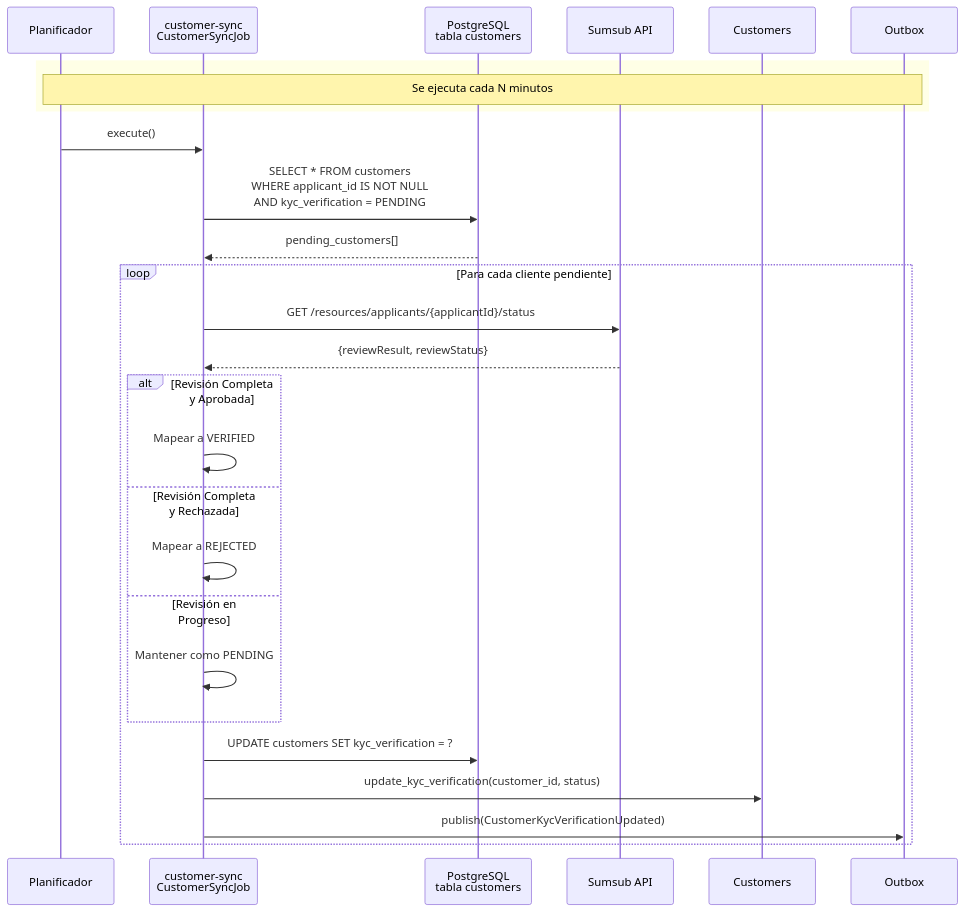
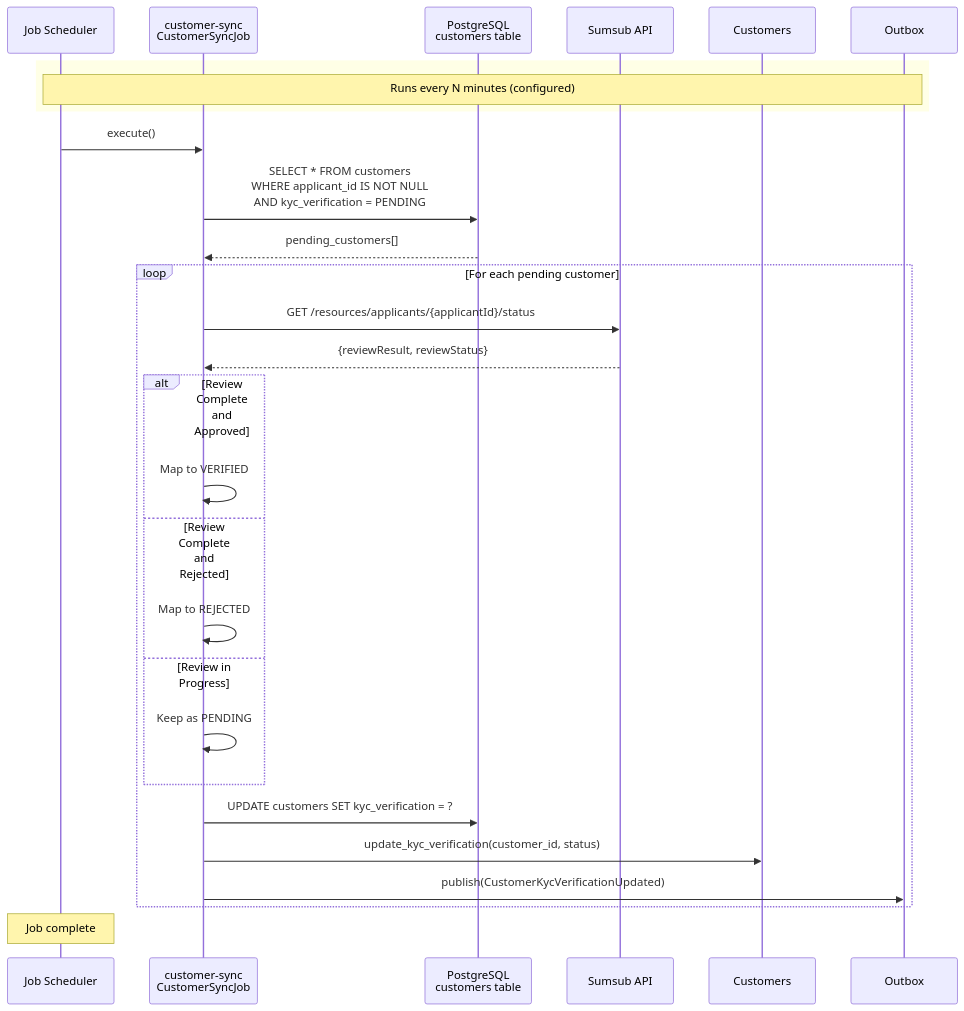
One commit to GaloyMoney/lana-bank changed the first of 2 diagrams in docs-site/i18n/es/docusaurus-plugin-content-docs/current/for-internal-developers/background-jobs.md. Above: the diagram before and after it, drawn with Mermaid. The commit also changed other lines of this file and 76 other files, not shown here.

````diff
--- a/docs-site/i18n/es/docusaurus-plugin-content-docs/current/for-internal-developers/background-jobs.md
+++ b/docs-site/i18n/es/docusaurus-plugin-content-docs/current/for-internal-developers/background-jobs.md
@@ -11,34 +11,36 @@
 ```mermaid
 sequenceDiagram
-    participant SCHED as Planificador
+    participant SCHED as Job Scheduler
     participant SYNC as customer-sync<br/>CustomerSyncJob
-    participant PG as PostgreSQL<br/>tabla customers
+    participant PG as PostgreSQL<br/>customers table
     participant SUMSUB as Sumsub API
     participant CUST as Customers
     participant OUT as Outbox
 
     rect rgb(255, 255, 230)
-        Note over SCHED,OUT: Se ejecuta cada N minutos
+        Note over SCHED,OUT: Runs every N minutes (configured)
     end
 
     SCHED->>SYNC: execute()
     SYNC->>PG: SELECT * FROM customers<br/>WHERE applicant_id IS NOT NULL<br/>AND kyc_verification = PENDING
     PG-->>SYNC: pending_customers[]
 
-    loop Para cada cliente pendiente
+    loop For each pending customer
         SYNC->>SUMSUB: GET /resources/applicants/{applicantId}/status
         SUMSUB-->>SYNC: {reviewResult, reviewStatus}
 
-        alt Revisión Completa y Aprobada
-            SYNC->>SYNC: Mapear a VERIFIED
-        else Revisión Completa y Rechazada
-            SYNC->>SYNC: Mapear a REJECTED
-        else Revisión en Progreso
-            SYNC->>SYNC: Mantener como PENDING
+        alt Review Complete and Approved
+            SYNC->>SYNC: Map to VERIFIED
+        else Review Complete and Rejected
+            SYNC->>SYNC: Map to REJECTED
+        else Review in Progress
+            SYNC->>SYNC: Keep as PENDING
         end
 
         SYNC->>PG: UPDATE customers SET kyc_verification = ?
         SYNC->>CUST: update_kyc_verification(customer_id, status)
         SYNC->>OUT: publish(CustomerKycVerificationUpdated)
     end
+
+    Note over SCHED: Job complete
 ```
````
